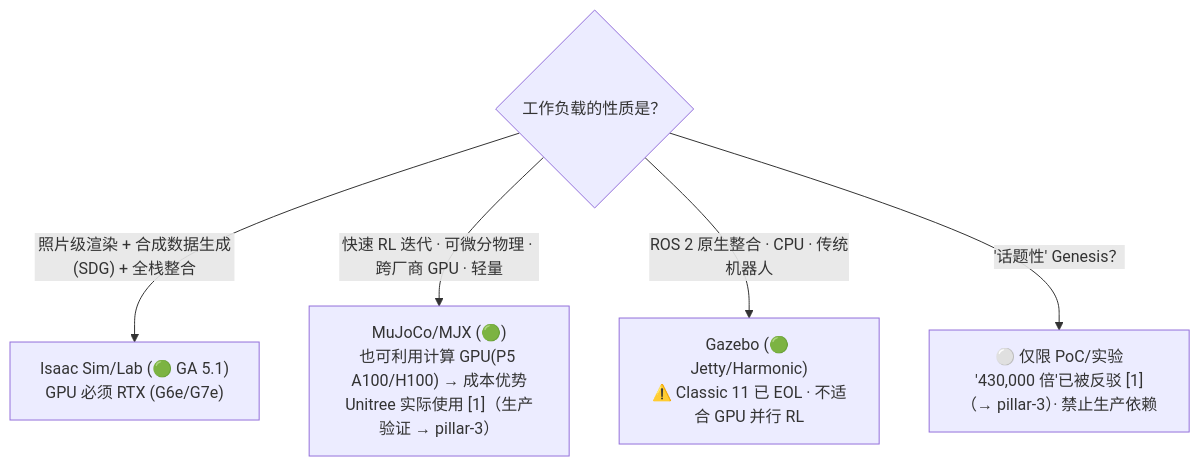
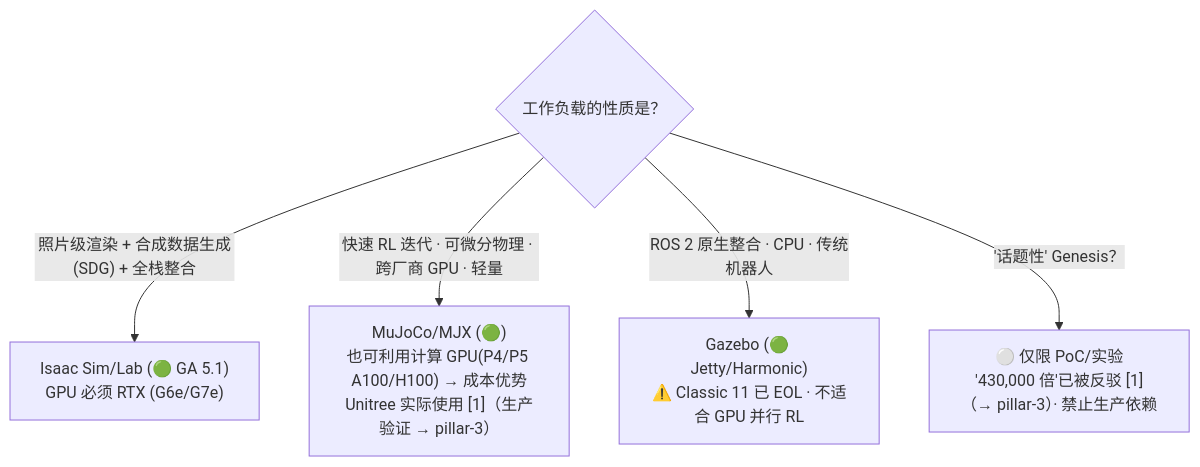
One commit to comeddy/pai-playbook changed the first of 2 diagrams in docs/decisions.zh.md. Above: the diagram before and after it, drawn with Mermaid. The commit also changed other lines of this file and 79 other files, not shown here.

````diff
--- a/docs/decisions.zh.md
+++ b/docs/decisions.zh.md
@@ -46,8 +36,8 @@
 ```mermaid
 graph TD
     Q{工作负载的性质是？}
     Q -- "照片级渲染 + 合成数据生成(SDG) + 全栈整合" --> ISAAC["Isaac Sim/Lab (🟢 GA 5.1)<br>GPU 必须 RTX (G6e/G7e)"]
-    Q -- "快速 RL 迭代 · 可微分物理 · 跨厂商 GPU · 轻量" --> MUJOCO["MuJoCo/MJX (🟢)<br>也可利用计算 GPU(P5 A100/H100) → 成本优势<br>Unitree 实际使用 [1]（生产验证 → pillar-3）"]
+    Q -- "快速 RL 迭代 · 可微分物理 · 跨厂商 GPU · 轻量" --> MUJOCO["MuJoCo/MJX (🟢)<br>也可利用计算 GPU(P4/P5 A100/H100) → 成本优势<br>Unitree 实际使用 [1]（生产验证 → pillar-3）"]
     Q -- "ROS 2 原生整合 · CPU · 传统机器人" --> GAZEBO["Gazebo (🟢 Jetty/Harmonic)<br>⚠️ Classic 11 已 EOL · 不适合 GPU 并行 RL"]
     Q -- "'话题性' Genesis？" --> GENESIS["⚪ 仅限 PoC/实验<br>'430,000 倍'已被反驳 [1]（→ pillar-3）· 禁止生产依赖"]
 ```
````
